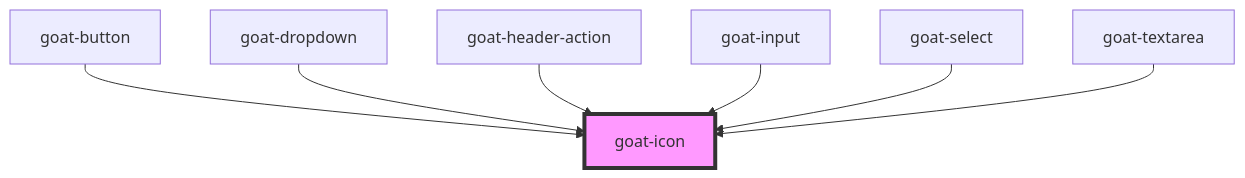
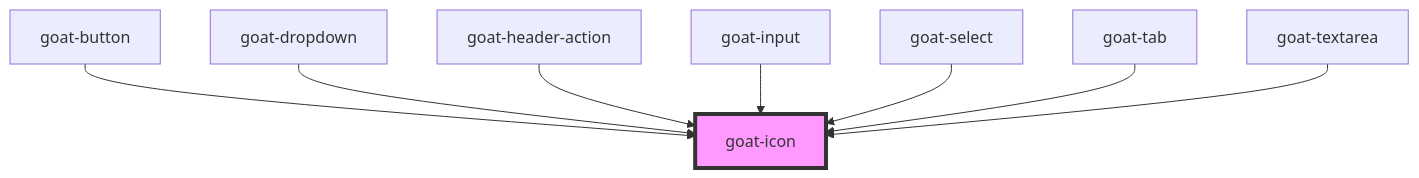
Before and after one commit to goatui/components: the diagram in src/components/content/icon/readme.md, drawn with Mermaid. The commit also changed other lines of this file and 52 other files, not shown here.

````diff
--- a/src/components/content/icon/readme.md
+++ b/src/components/content/icon/readme.md
@@ -28,10 +29,11 @@
 ```mermaid
 graph TD;
   goat-button --> goat-icon
   goat-dropdown --> goat-icon
   goat-header-action --> goat-icon
   goat-input --> goat-icon
   goat-select --> goat-icon
+  goat-tab --> goat-icon
   goat-textarea --> goat-icon
   style goat-icon fill:#f9f,stroke:#333,stroke-width:4px
 ```
````
